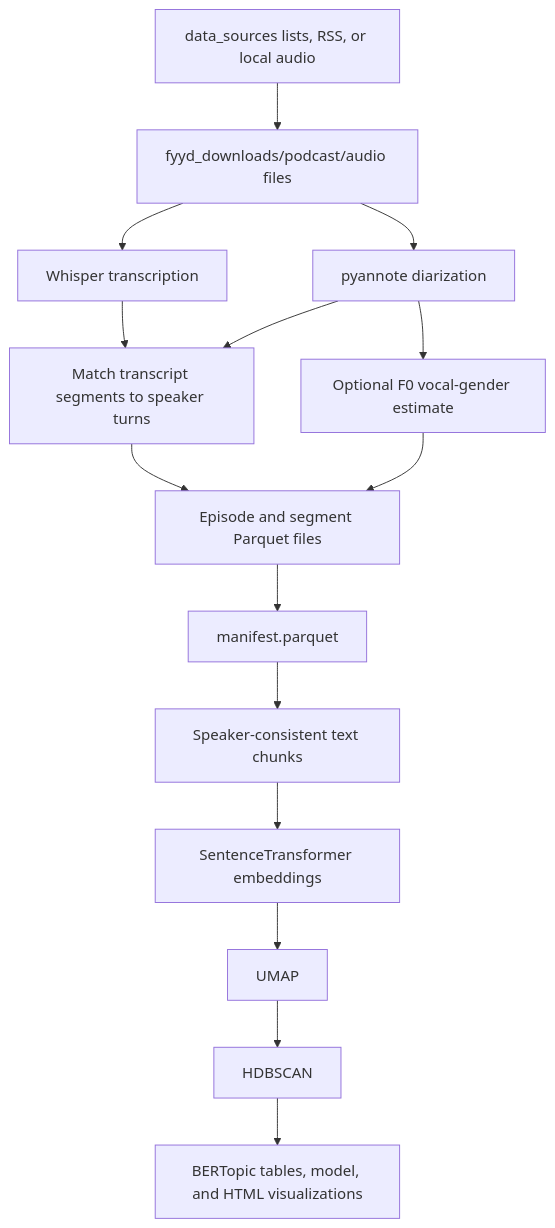
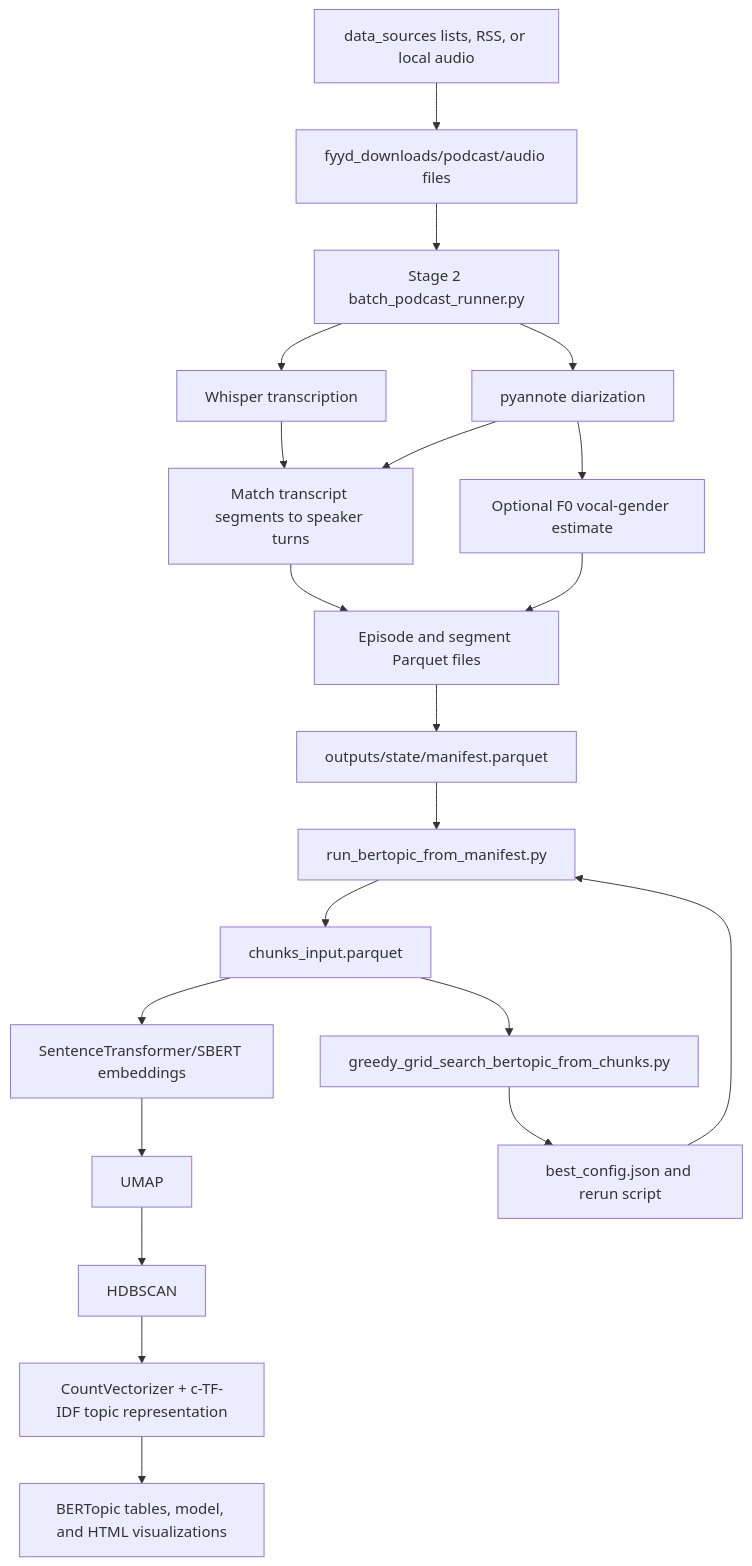
The diagram in README.md (plasma31/podcast_transcribe), drawn with Mermaid before and after one commit. The commit also changed other lines of this file, not shown here.

Commit message:
Document handoff and grid search workflow in README

````diff
--- a/README.md
+++ b/README.md
@@ -39,17 +43,23 @@
 ```mermaid
 flowchart TD
     A[data_sources lists, RSS, or local audio] --> B[fyyd_downloads/podcast/audio files]
-    B --> C[Whisper transcription]
-    B --> D[pyannote diarization]
-    C --> E[Match transcript segments to speaker turns]
-    D --> E
-    D --> F[Optional F0 vocal-gender estimate]
-    E --> G[Episode and segment Parquet files]
-    F --> G
-    G --> H[manifest.parquet]
-    H --> I[Speaker-consistent text chunks]
-    I --> J[SentenceTransformer embeddings]
-    J --> K[UMAP]
-    K --> L[HDBSCAN]
-    L --> M[BERTopic tables, model, and HTML visualizations]
+    B --> C[Stage 2 batch_podcast_runner.py]
+    C --> D[Whisper transcription]
+    C --> E[pyannote diarization]
+    D --> F[Match transcript segments to speaker turns]
+    E --> F
+    E --> G[Optional F0 vocal-gender estimate]
+    F --> H[Episode and segment Parquet files]
+    G --> H
+    H --> I[outputs/state/manifest.parquet]
+    I --> J[run_bertopic_from_manifest.py]
+    J --> K[chunks_input.parquet]
+    K --> L[SentenceTransformer/SBERT embeddings]
+    L --> M[UMAP]
+    M --> N[HDBSCAN]
+    N --> O[CountVectorizer + c-TF-IDF topic representation]
+    O --> P[BERTopic tables, model, and HTML visualizations]
+    K --> Q[greedy_grid_search_bertopic_from_chunks.py]
+    Q --> R[best_config.json and rerun script]
+    R --> J
 ```
````
